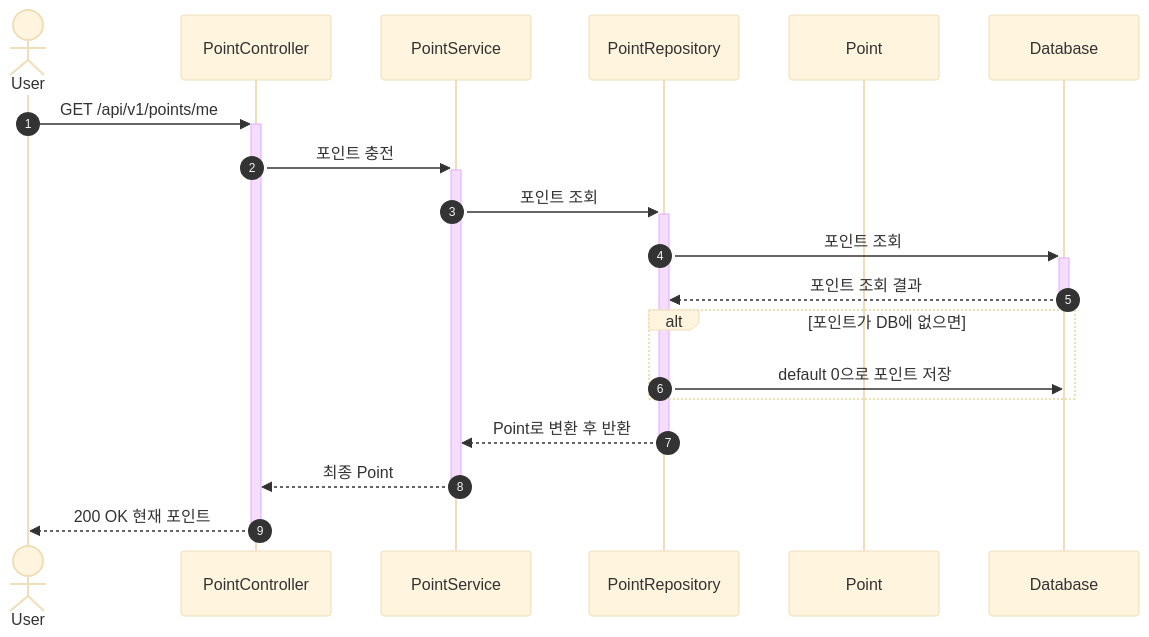
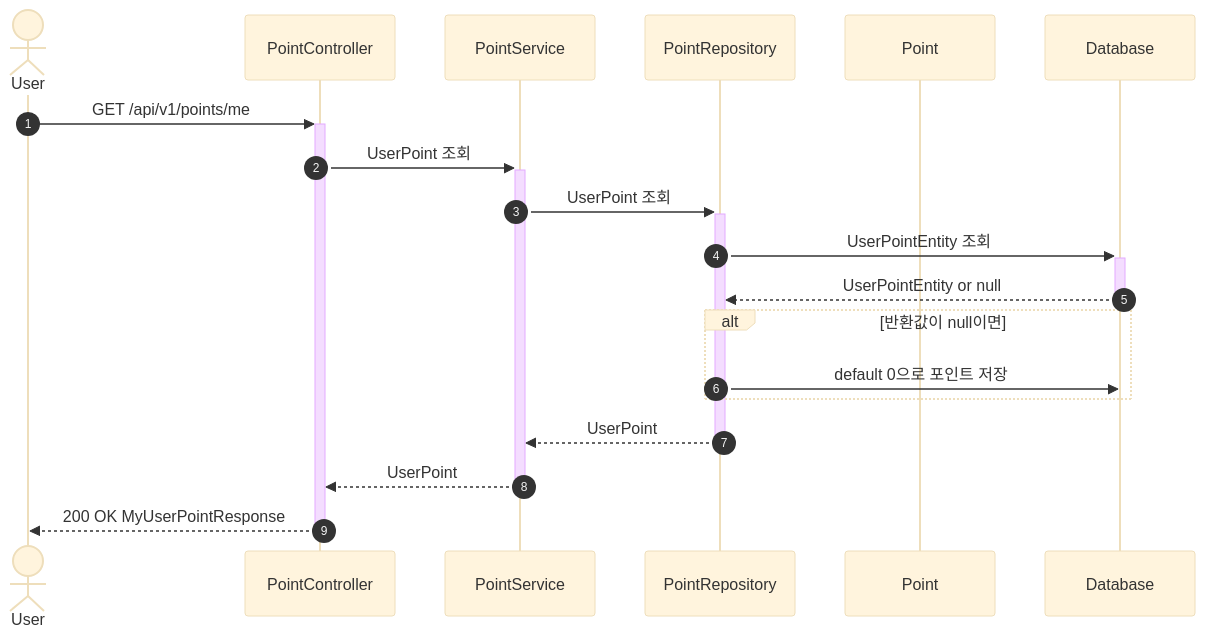
One commit to jsween5723/commerce changed the second of 2 diagrams in docs/point/readme.md. Above: the diagram before and after it, drawn with Mermaid (base theme). The commit also changed other lines of this file, not shown here.

Commit message:
docs(sequence): point 시퀀스 다이어그램 수정

````diff
--- a/docs/point/readme.md
+++ b/docs/point/readme.md
@@ -39,21 +38,21 @@
 ```mermaid
 sequenceDiagram
     autonumber
     actor User
     participant PointController
     participant PointService
     participant PointRepository
     participant Point
     participant Database
     User ->>+ PointController: GET /api/v1/points/me
-    PointController ->>+ PointService: 포인트 충전
-    PointService ->>+ PointRepository: 포인트 조회
-    PointRepository ->>+ Database: 포인트 조회
-    Database -->>- PointRepository: 포인트 조회 결과
-    alt 포인트가 DB에 없으면
+    PointController ->>+ PointService: UserPoint 조회
+    PointService ->>+ PointRepository: UserPoint 조회
+    PointRepository ->>+ Database: UserPointEntity 조회
+    Database -->>- PointRepository: UserPointEntity or null
+    alt 반환값이 null이면
         PointRepository ->> Database: default 0으로 포인트 저장
     end
-    PointRepository -->>- PointService: Point로 변환 후 반환
-    PointService -->>- PointController: 최종 Point
-    PointController -->>- User: 200 OK 현재 포인트
+    PointRepository -->>- PointService: UserPoint
+    PointService -->>- PointController: UserPoint
+    PointController -->>- User: 200 OK MyUserPointResponse
 ```
````
